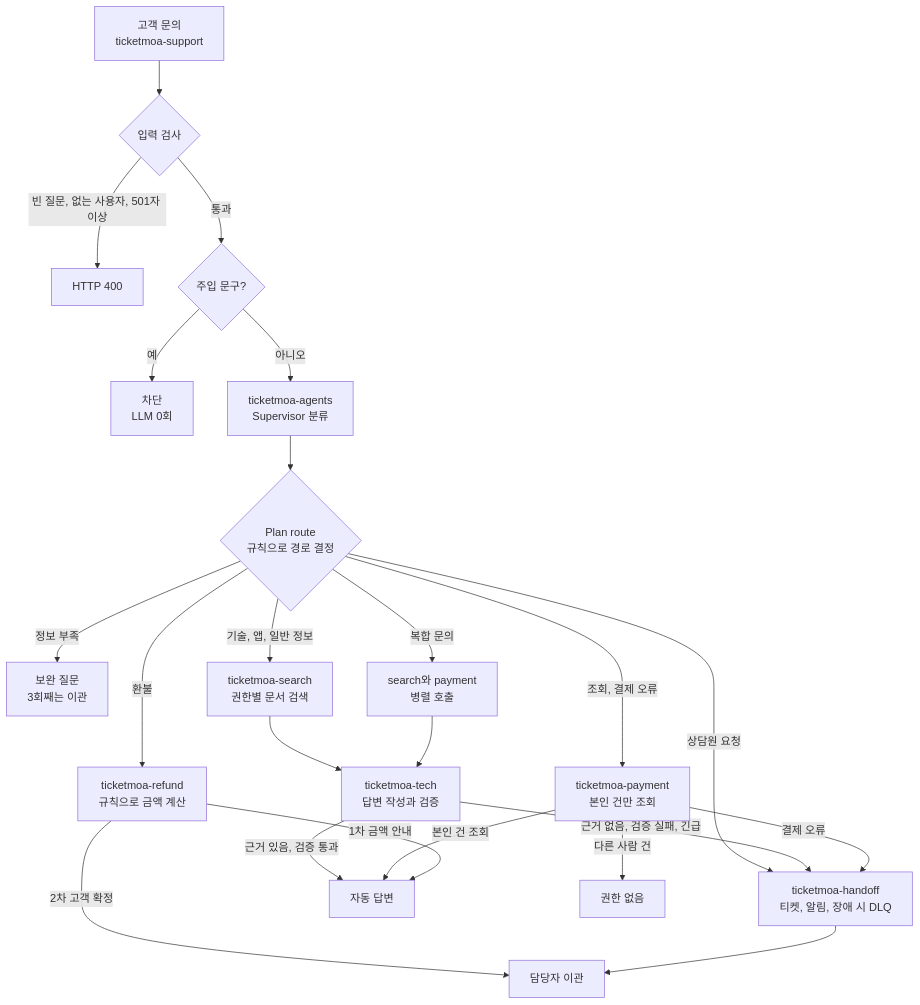
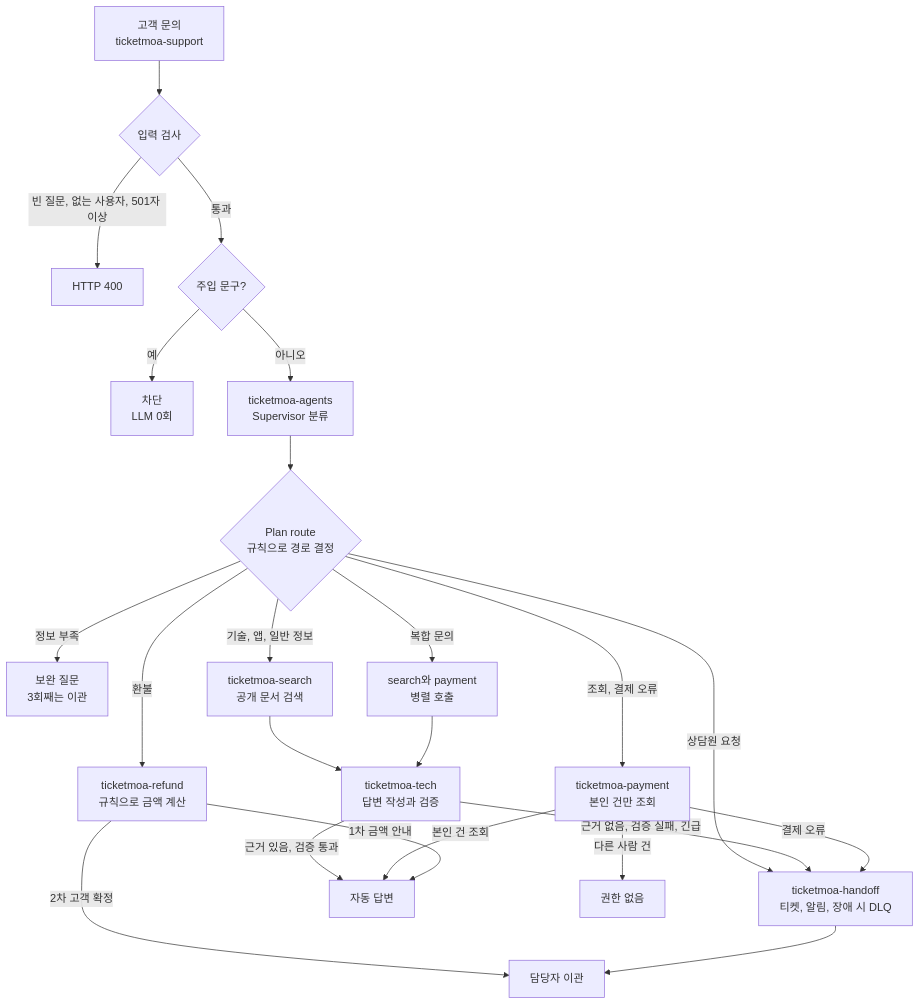
The diagram in README.md (encore-ai-campus/aio-01-p4-team4), drawn with Mermaid before and after one commit. The commit also changed other lines of this file and 21 other files, not shown here.

````diff
--- a/README.md
+++ b/README.md
@@ -58,25 +56,25 @@
 ```mermaid
 flowchart TD
   Q["고객 문의<br/>ticketmoa-support"] --> I{"입력 검사"}
   I -- "빈 질문, 없는 사용자, 501자 이상" --> E["HTTP 400"]
   I -- 통과 --> J{"주입 문구?"}
   J -- 예 --> R5["차단<br/>LLM 0회"]
   J -- 아니오 --> C["ticketmoa-agents<br/>Supervisor 분류"]
   C --> P{"Plan route<br/>규칙으로 경로 결정"}
   P -- 정보 부족 --> R2["보완 질문<br/>3회째는 이관"]
-  P -- "기술, 앱, 일반 정보" --> S["ticketmoa-search<br/>권한별 문서 검색"]
+  P -- "기술, 앱, 일반 정보" --> S["ticketmoa-search<br/>공개 문서 검색"]
   P -- 복합 문의 --> SP["search와 payment<br/>병렬 호출"]
   P -- "조회, 결제 오류" --> PAY["ticketmoa-payment<br/>본인 건만 조회"]
   P -- 환불 --> RF["ticketmoa-refund<br/>규칙으로 금액 계산"]
   P -- 상담원 요청 --> H["ticketmoa-handoff<br/>티켓, 알림, 장애 시 DLQ"]
   S --> T["ticketmoa-tech<br/>답변 작성과 검증"]
   SP --> T
   T -- "근거 있음, 검증 통과" --> R1["자동 답변"]
   T -- "근거 없음, 검증 실패, 긴급" --> H
   PAY -- 본인 건 조회 --> R1
   PAY -- 다른 사람 건 --> R4["권한 없음"]
   PAY -- 결제 오류 --> H
   RF -- 1차 금액 안내 --> R1
   RF -- "2차 고객 확정" --> R3
   H --> R3["담당자 이관"]
 ```
````
